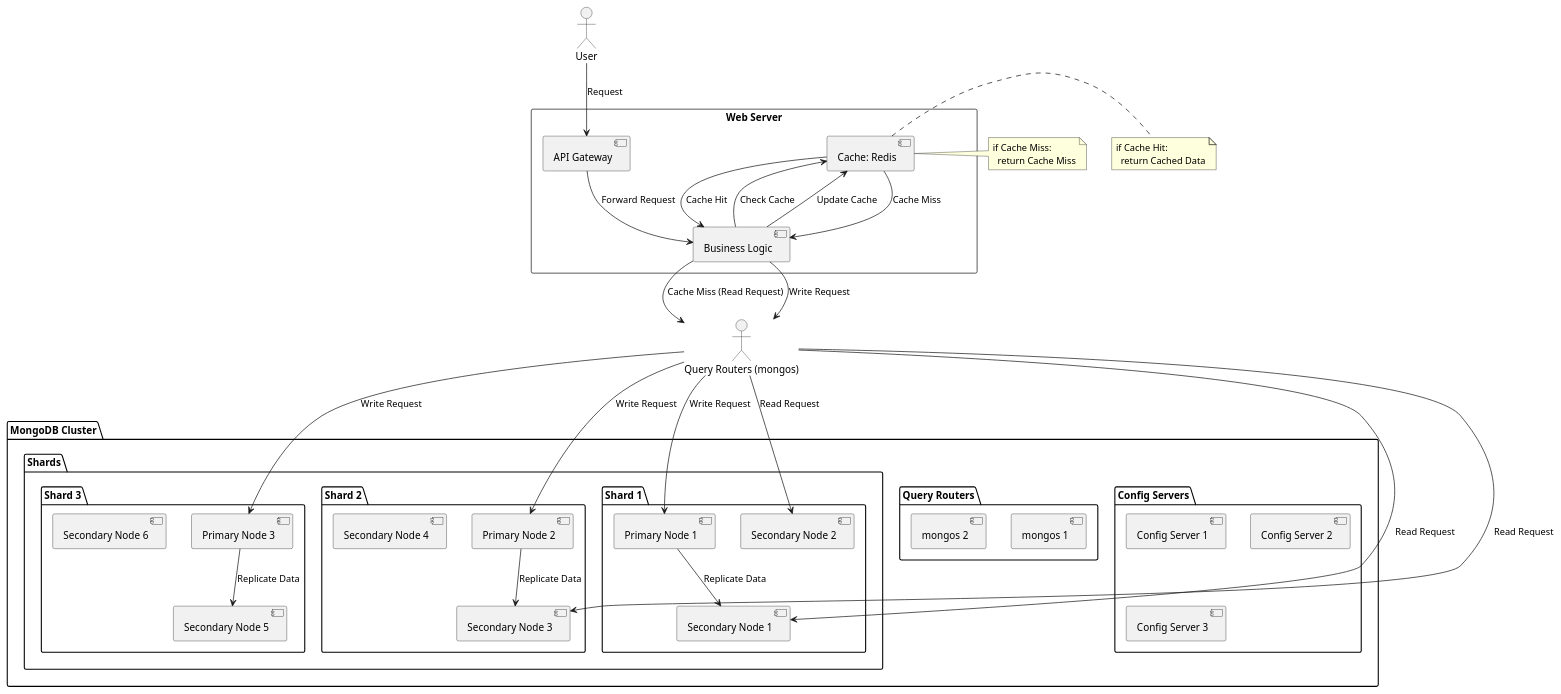
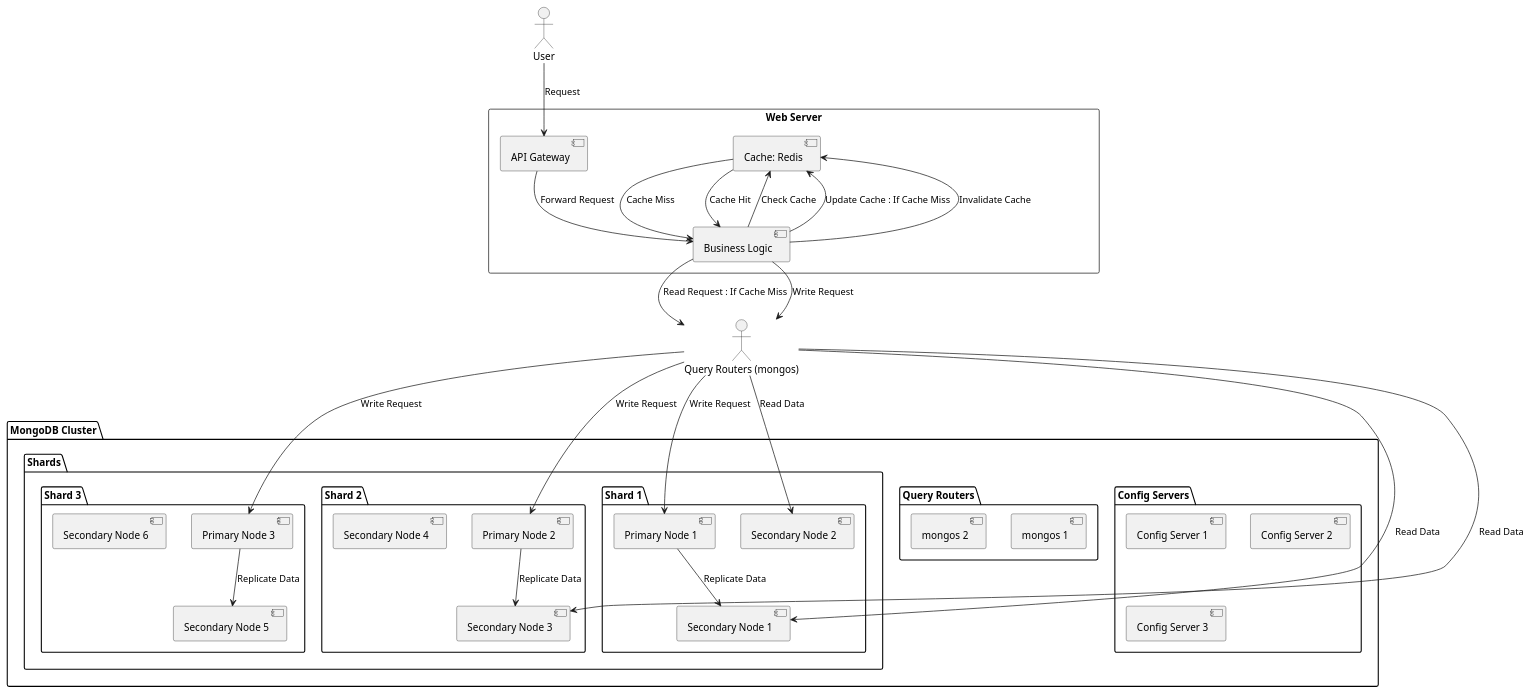
The diagram in high_traffic_calendar/high_traffic_calendar_mongodb_architecture.puml (huangyingw/system_design), drawn with PlantUML before and after one commit.

```diff
--- a/high_traffic_calendar/high_traffic_calendar_mongodb_architecture.puml
+++ b/high_traffic_calendar/high_traffic_calendar_mongodb_architecture.puml
@@ -1,69 +1,64 @@
 @startuml
 
 package "MongoDB Cluster" {
 
   package "Config Servers" {
     [Config Server 1]
     [Config Server 2]
     [Config Server 3]
   }
   
   package "Query Routers" {
     [mongos 1]
     [mongos 2]
   }
   
   package "Shards" {
     package "Shard 1" {
       [Primary Node 1]
       [Secondary Node 1]
       [Secondary Node 2]
     }
     package "Shard 2" {
       [Primary Node 2]
       [Secondary Node 3]
       [Secondary Node 4]
     }
     package "Shard 3" {
       [Primary Node 3]
       [Secondary Node 5]
       [Secondary Node 6]
     }
   }
 }
 
 actor User
 
 rectangle "Web Server" {
   [API Gateway]
   [Business Logic]
   [Cache: Redis]
 }
 
 User --> "API Gateway": Request
 "API Gateway" --> "Business Logic": Forward Request
 "Business Logic" --> "Cache: Redis": Check Cache
-note right of "Cache: Redis"
-  if Cache Miss:
-    return Cache Miss
-end note
-"Cache: Redis" --> "Business Logic": Cache Miss
-"Business Logic" --> "Query Routers (mongos)": Cache Miss (Read Request)
+"Cache: Redis" --> "Business Logic": Cache Hit
+"Cache: Redis" -> "Business Logic": Cache Miss
+
+"Business Logic" --> "Query Routers (mongos)": Read Request : If Cache Miss
+"Query Routers (mongos)" --> "Secondary Node 1": Read Data
+"Query Routers (mongos)" --> "Secondary Node 2": Read Data
+"Query Routers (mongos)" --> "Secondary Node 3": Read Data
+"Business Logic" --> "Cache: Redis": Update Cache : If Cache Miss
+
 "Business Logic" --> "Query Routers (mongos)": Write Request
-"Query Routers (mongos)" --> "Secondary Node 1": Read Request
-"Query Routers (mongos)" --> "Secondary Node 2": Read Request
-"Query Routers (mongos)" --> "Secondary Node 3": Read Request
 "Query Routers (mongos)" --> "Primary Node 1": Write Request
 "Query Routers (mongos)" --> "Primary Node 2": Write Request
 "Query Routers (mongos)" --> "Primary Node 3": Write Request
 "Primary Node 1" --> "Secondary Node 1": Replicate Data
 "Primary Node 2" --> "Secondary Node 3": Replicate Data
 "Primary Node 3" --> "Secondary Node 5": Replicate Data
-"Business Logic" --> "Cache: Redis": Update Cache
-note right of "Cache: Redis"
-  if Cache Hit:
-    return Cached Data
-end note
-"Cache: Redis" --> "Business Logic": Cache Hit
+"Business Logic" --> "Cache: Redis": Invalidate Cache
 
 @enduml
```
